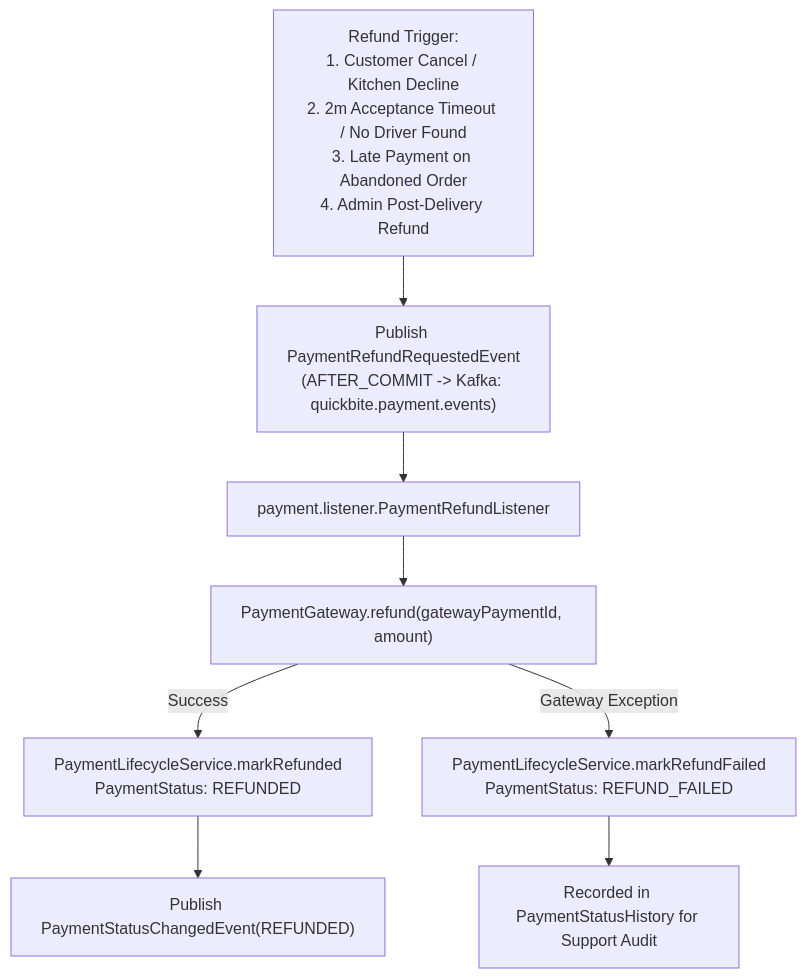
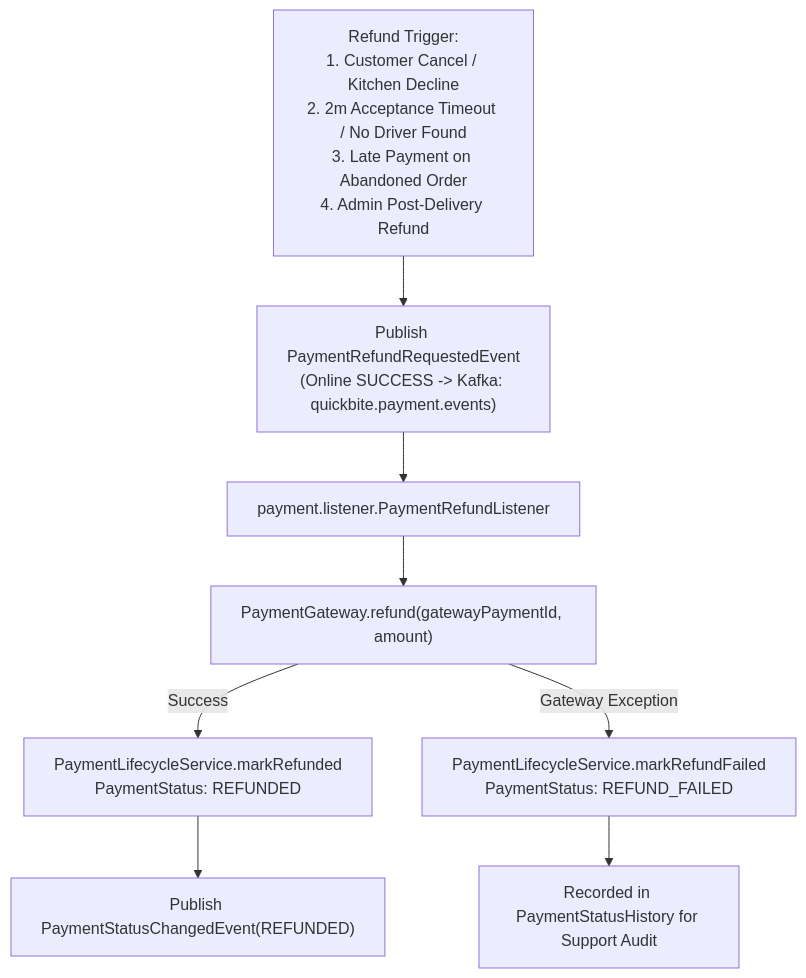
Before and after one commit to eshant52/quickbite-backend: the fourth of 4 diagrams in docs/payments-and-reconciliation.md, drawn with Mermaid. The commit also changed other lines of this file and 36 other files, not shown here.

First line of the commit message:
docs: update architecture guides, benchmark tooling, and Postman collections

````diff
--- a/docs/payments-and-reconciliation.md
+++ b/docs/payments-and-reconciliation.md
@@ -142,13 +178,13 @@
 ```mermaid
 flowchart TD
-    Trigger["Refund Trigger:<br/>1. Customer Cancel / Kitchen Decline<br/>2. 2m Acceptance Timeout / No Driver Found<br/>3. Late Payment on Abandoned Order<br/>4. Admin Post-Delivery Refund"] --> EmitReq["Publish PaymentRefundRequestedEvent<br/>(AFTER_COMMIT -> Kafka: quickbite.payment.events)"]
+    Trigger["Refund Trigger:<br/>1. Customer Cancel / Kitchen Decline<br/>2. 2m Acceptance Timeout / No Driver Found<br/>3. Late Payment on Abandoned Order<br/>4. Admin Post-Delivery Refund"] --> EmitReq["Publish PaymentRefundRequestedEvent<br/>(Online SUCCESS -> Kafka: quickbite.payment.events)"]
     
     EmitReq --> Listener["payment.listener.PaymentRefundListener"]
     Listener --> GatewayCall["PaymentGateway.refund(gatewayPaymentId, amount)"]
     
     GatewayCall -->|Success| MarkRefunded["PaymentLifecycleService.markRefunded<br/>PaymentStatus: REFUNDED"]
     MarkRefunded --> PubSuccess["Publish PaymentStatusChangedEvent(REFUNDED)"]
     
     GatewayCall -->|Gateway Exception| MarkFailed["PaymentLifecycleService.markRefundFailed<br/>PaymentStatus: REFUND_FAILED"]
     MarkFailed --> PubFail["Recorded in PaymentStatusHistory for Support Audit"]
 ```
````
